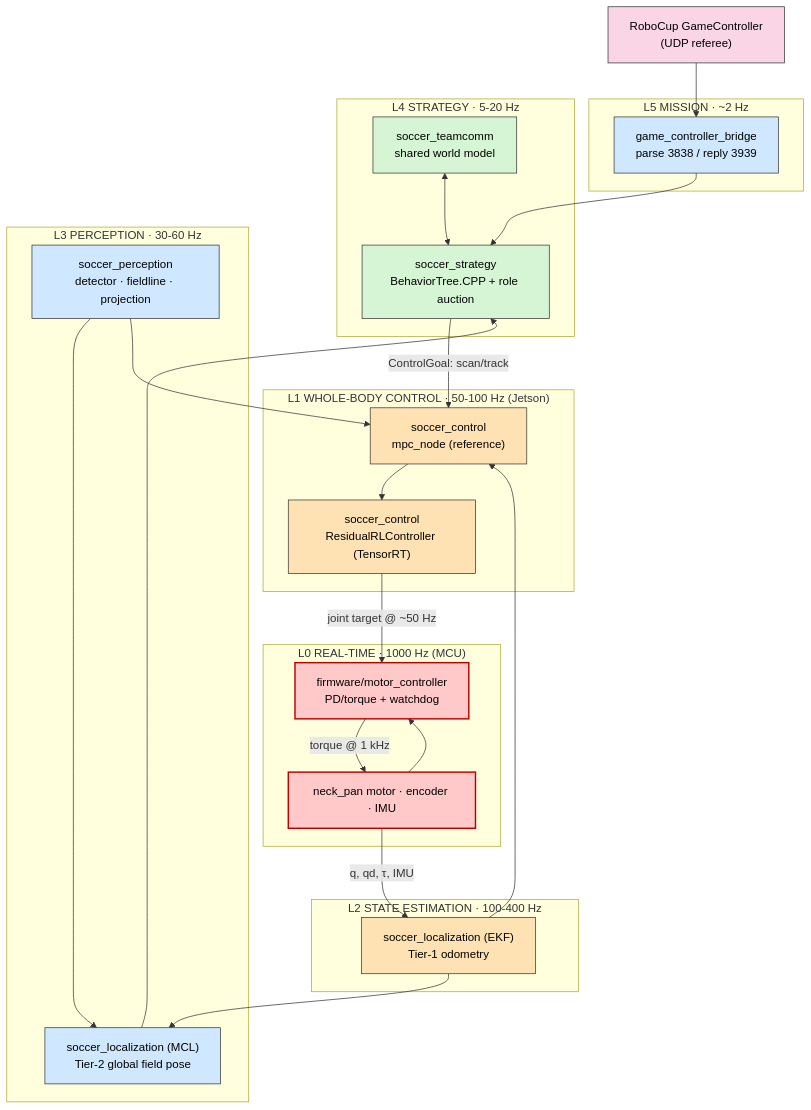
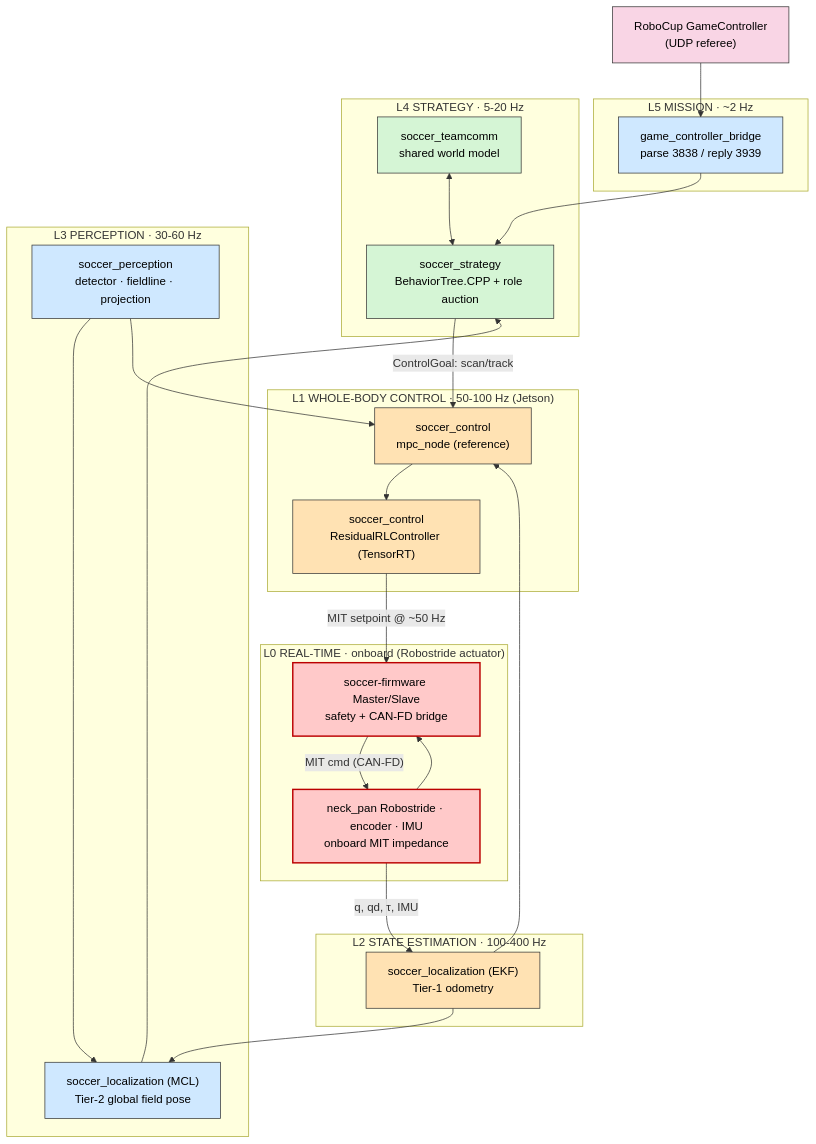
The second of 14 diagrams in docs/IMPLEMENTATION.md (utra-robosoccer/soccer-software), drawn with Mermaid before and after one commit. The commit also changed other lines of this file and 70 other files, not shown here.

````diff
--- a/docs/IMPLEMENTATION.md
+++ b/docs/IMPLEMENTATION.md
@@ -47,46 +47,46 @@
 ```mermaid
 flowchart TB
     classDef ext fill:#f9d5e5,stroke:#333,color:#000;
     classDef slow fill:#cfe8ff,stroke:#333,color:#000;
     classDef mid fill:#d5f5d5,stroke:#333,color:#000;
     classDef fast fill:#ffe2b3,stroke:#333,color:#000;
     classDef rt fill:#ffc9c9,stroke:#b00,stroke-width:2px,color:#000;
 
     GC["RoboCup GameController<br/>(UDP referee)"]:::ext
 
     subgraph L5["L5 MISSION · ~2 Hz"]
         GCB["game_controller_bridge<br/>parse 3838 / reply 3939"]:::slow
     end
     subgraph L4["L4 STRATEGY · 5-20 Hz"]
         BT["soccer_strategy<br/>BehaviorTree.CPP + role auction"]:::mid
         TEAM["soccer_teamcomm<br/>shared world model"]:::mid
     end
     subgraph L3["L3 PERCEPTION · 30-60 Hz"]
         VIS["soccer_perception<br/>detector · fieldline · projection"]:::slow
         MCL["soccer_localization (MCL)<br/>Tier-2 global field pose"]:::slow
     end
     subgraph L2["L2 STATE ESTIMATION · 100-400 Hz"]
         EKF["soccer_localization (EKF)<br/>Tier-1 odometry"]:::fast
     end
     subgraph L1["L1 WHOLE-BODY CONTROL · 50-100 Hz (Jetson)"]
         MPC["soccer_control<br/>mpc_node (reference)"]:::fast
         RLP["soccer_control<br/>ResidualRLController (TensorRT)"]:::fast
     end
-    subgraph L0["L0 REAL-TIME · 1000 Hz (MCU)"]
-        PD["firmware/motor_controller<br/>PD/torque + watchdog"]:::rt
-        MOT["neck_pan motor · encoder · IMU"]:::rt
+    subgraph L0["L0 REAL-TIME · onboard (Robostride actuator)"]
+        PD["soccer-firmware Master/Slave<br/>safety + CAN-FD bridge"]:::rt
+        MOT["neck_pan Robostride · encoder · IMU<br/>onboard MIT impedance"]:::rt
     end
 
     GC --> GCB --> BT
     TEAM <--> BT
     VIS --> MCL --> BT
     VIS --> MPC
     BT -->|"ControlGoal: scan/track"| MPC
     MPC --> RLP
     EKF --> MPC
     EKF --> MCL
-    RLP -->|"joint target @ ~50 Hz"| PD
-    PD -->|"torque @ 1 kHz"| MOT
+    RLP -->|"MIT setpoint @ ~50 Hz"| PD
+    PD -->|"MIT cmd (CAN-FD)"| MOT
     MOT -->|"q, qd, τ, IMU"| EKF
     MOT --> PD
 ```
````
